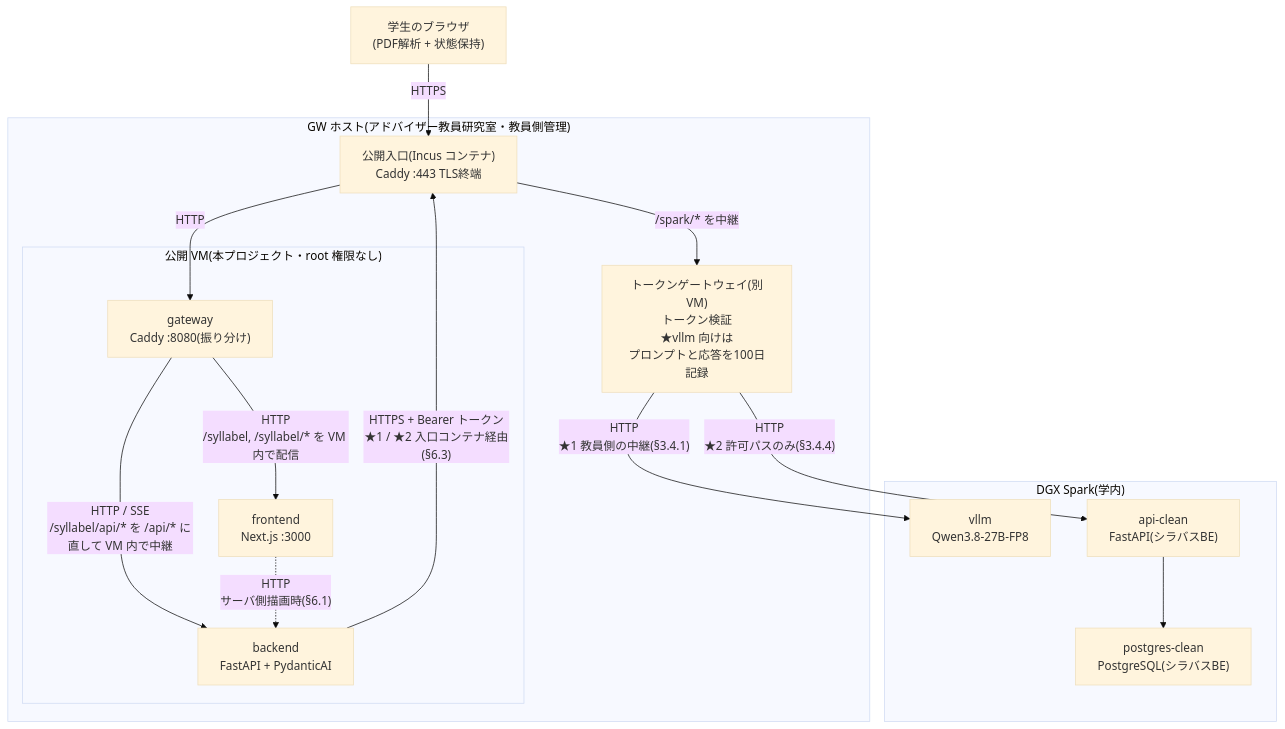
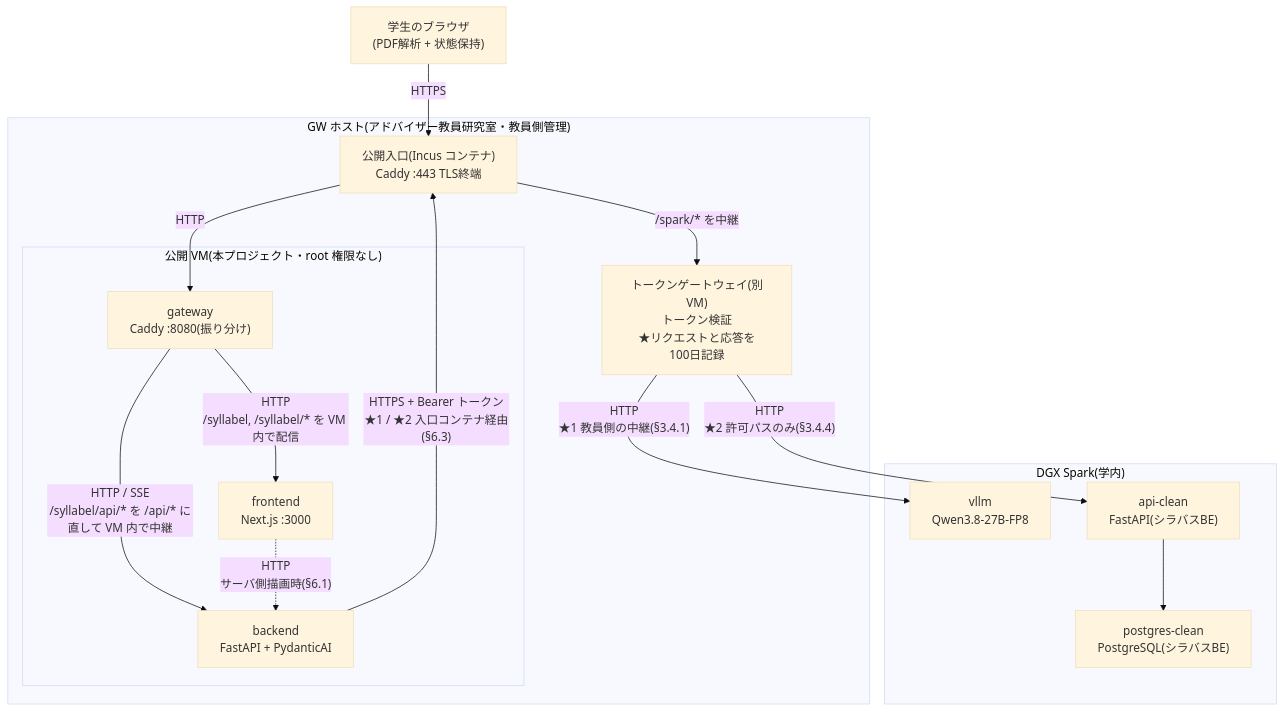
Before and after one commit to ProjectResearch2026/Syllabel: the diagram in docs/design/01-architecture.md, drawn with Mermaid (base theme). The commit also changed other lines of this file and 6 other files, not shown here.

````diff
--- a/docs/design/01-architecture.md
+++ b/docs/design/01-architecture.md
@@ -75,33 +75,33 @@
 ```mermaid
 %% エッジラベルは必ず "..." で囲む。丸括弧を裸で書くと GitHub 上で
 %% parse エラー(Unable to render rich display)になる。
 flowchart TB
     Browser["学生のブラウザ<br/>(PDF解析 + 状態保持)"]
 
     subgraph GWH["GW ホスト(アドバイザー教員研究室・教員側管理)"]
       Edge["公開入口(Incus コンテナ)<br/>Caddy :443 TLS終端"]
-      TokenGW["トークンゲートウェイ(別VM)<br/>トークン検証<br/>★vllm 向けは<br/>プロンプトと応答を100日記録"]
+      TokenGW["トークンゲートウェイ(別VM)<br/>トークン検証<br/>★リクエストと応答を<br/>100日記録"]
       subgraph VM["公開 VM(本プロジェクト・root 権限なし)"]
         Gateway["gateway<br/>Caddy :8080(振り分け)"]
         Frontend["frontend<br/>Next.js :3000"]
         Backend["backend<br/>FastAPI + PydanticAI"]
       end
     end
 
     subgraph DGX["DGX Spark(学内)"]
       VLLM["vllm<br/>Qwen3.8-27B-FP8"]
       APIClean["api-clean<br/>FastAPI(シラバスBE)"]
       PG["postgres-clean<br/>PostgreSQL(シラバスBE)"]
     end
 
     Browser -->|"HTTPS"| Edge
     Edge -->|"HTTP"| Gateway
     Gateway -->|"HTTP<br/>/syllabel, /syllabel/* を VM 内で配信"| Frontend
     Gateway -->|"HTTP / SSE<br/>/syllabel/api/* を /api/* に直して VM 内で中継"| Backend
     Frontend -.->|"HTTP<br/>サーバ側描画時(§6.1)"| Backend
     Backend -->|"HTTPS + Bearer トークン<br/>★1 / ★2 入口コンテナ経由(§6.3)"| Edge
     Edge -->|"/spark/* を中継"| TokenGW
     TokenGW -->|"HTTP<br/>★1 教員側の中継(§3.4.1)"| VLLM
     TokenGW -->|"HTTP<br/>★2 許可パスのみ(§3.4.4)"| APIClean
     APIClean --> PG
 ```
````
